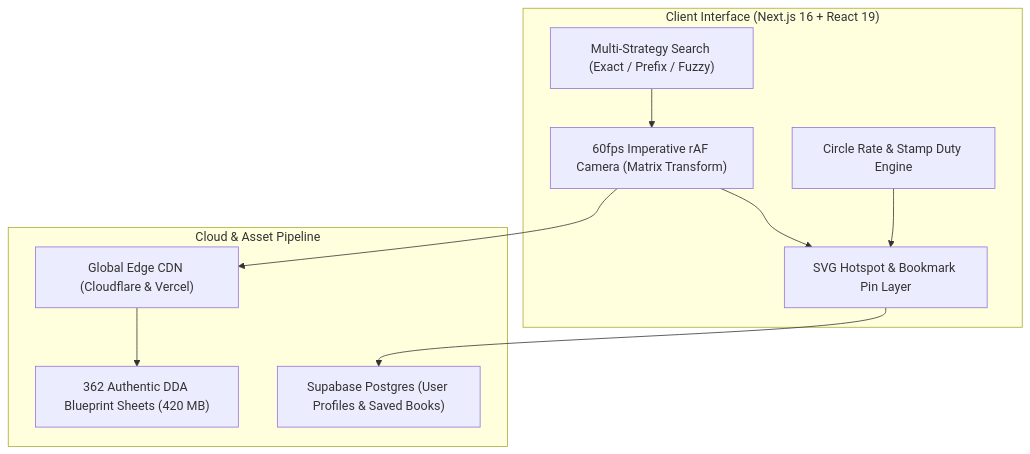
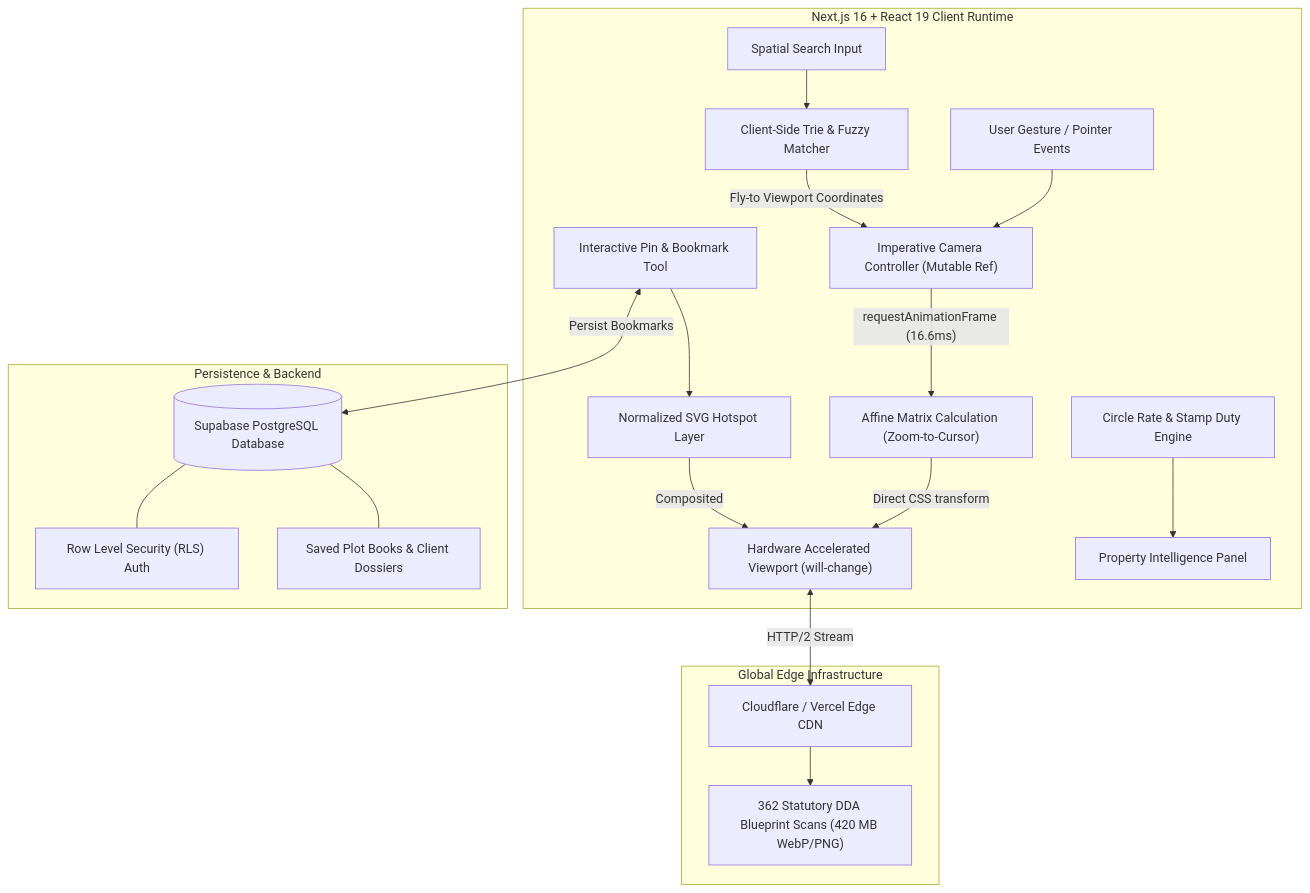
The diagram in README.md (Aryanban/plotbook-showcase), drawn with Mermaid before and after one commit. The commit also changed other lines of this file, not shown here.

Commit message:
docs: elevate PlotBook showcase README with affine camera math, trie search heuristics, and engineering benchmarks

````diff
--- a/README.md
+++ b/README.md
@@ -75,22 +93,32 @@
 ```mermaid
 flowchart TD
-    subgraph Client ["Client Interface (Next.js 16 + React 19)"]
-        Search["Multi-Strategy Search (Exact / Prefix / Fuzzy)"]
-        Camera["60fps Imperative rAF Camera (Matrix Transform)"]
-        Overlay["SVG Hotspot & Bookmark Pin Layer"]
-        Calculator["Circle Rate & Stamp Duty Engine"]
+    subgraph ClientRuntime ["Next.js 16 + React 19 Client Runtime"]
+        Input["User Gesture / Pointer Events"] --> Controller["Imperative Camera Controller (Mutable Ref)"]
+        Controller -->|"requestAnimationFrame (16.6ms)"| MatrixMath["Affine Matrix Calculation (Zoom-to-Cursor)"]
+        MatrixMath -->|"Direct CSS transform"| GPUComposite["Hardware Accelerated Viewport (will-change)"]
+
+        SearchBox["Spatial Search Input"] --> SearchEngine["Client-Side Trie & Fuzzy Matcher"]
+        SearchEngine -->|"Fly-to Viewport Coordinates"| Controller
+
+        CalcEngine["Circle Rate & Stamp Duty Engine"] --> OverlayUI["Property Intelligence Panel"]
+        PinTool["Interactive Pin & Bookmark Tool"] --> SVGOverlay["Normalized SVG Hotspot Layer"]
+        SVGOverlay -->|"Composited"| GPUComposite
     end
 
-    subgraph Storage ["Cloud & Asset Pipeline"]
-        CDN["Global Edge CDN (Cloudflare & Vercel)"]
-        SheetStorage["362 Authentic DDA Blueprint Sheets (420 MB)"]
-        DB["Supabase Postgres (User Profiles & Saved Books)"]
+    subgraph EdgeCDN ["Global Edge Infrastructure"]
+        CDN["Cloudflare / Vercel Edge CDN"]
+        Sheets["362 Statutory DDA Blueprint Scans (420 MB WebP/PNG)"]
+        CDN --> Sheets
     end
 
-    Search --> Camera
-    Camera --> Overlay
-    Camera --> CDN
-    CDN --> SheetStorage
-    Overlay --> DB
-    Calculator --> Overlay
+    subgraph DataStore ["Persistence & Backend"]
+        Supabase[("Supabase PostgreSQL Database")]
+        Auth["Row Level Security (RLS) Auth"]
+        Portfolios["Saved Plot Books & Client Dossiers"]
+        Supabase --- Auth
+        Supabase --- Portfolios
+    end
+
+    GPUComposite <-->|"HTTP/2 Stream"| CDN
+    PinTool <-->|"Persist Bookmarks"| Supabase
 ```
````
